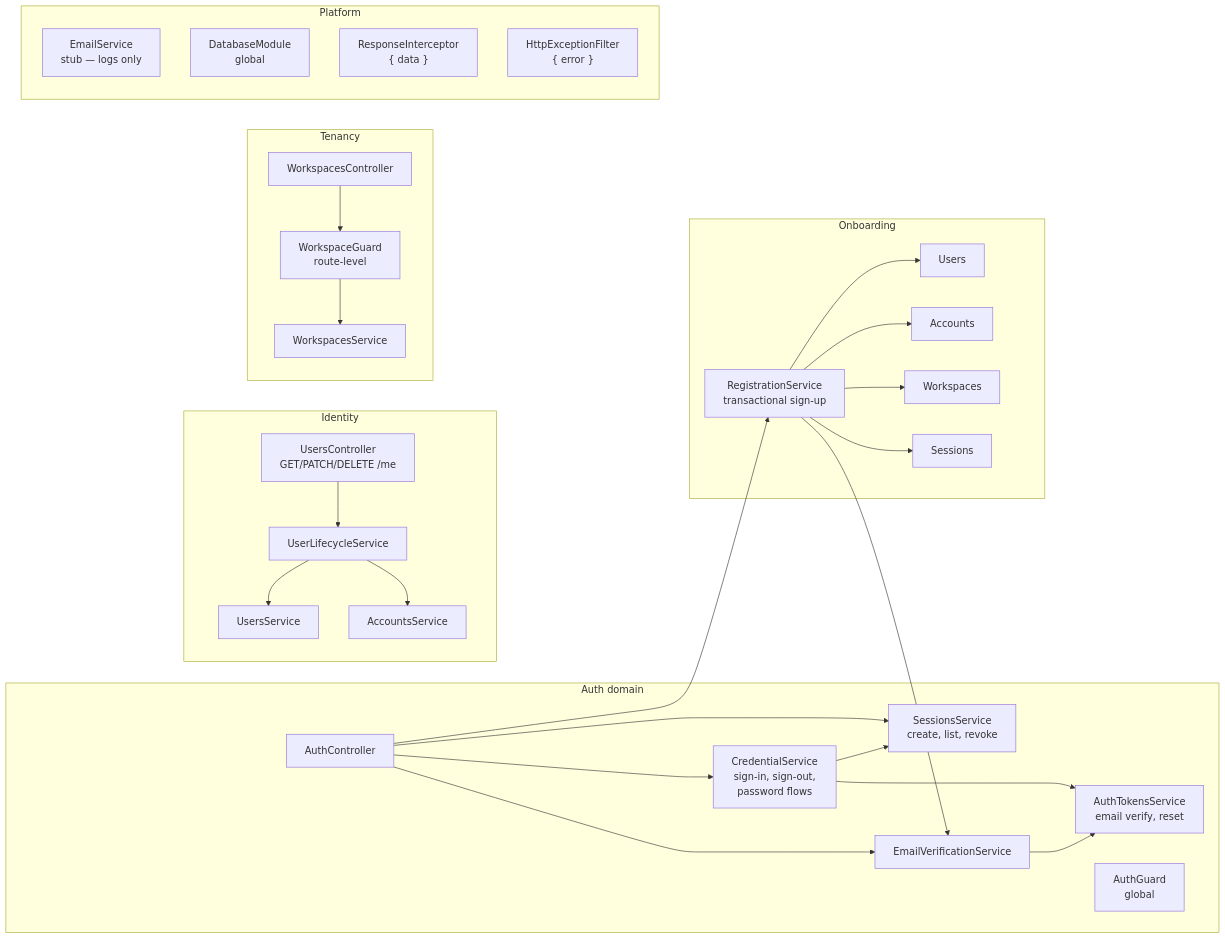
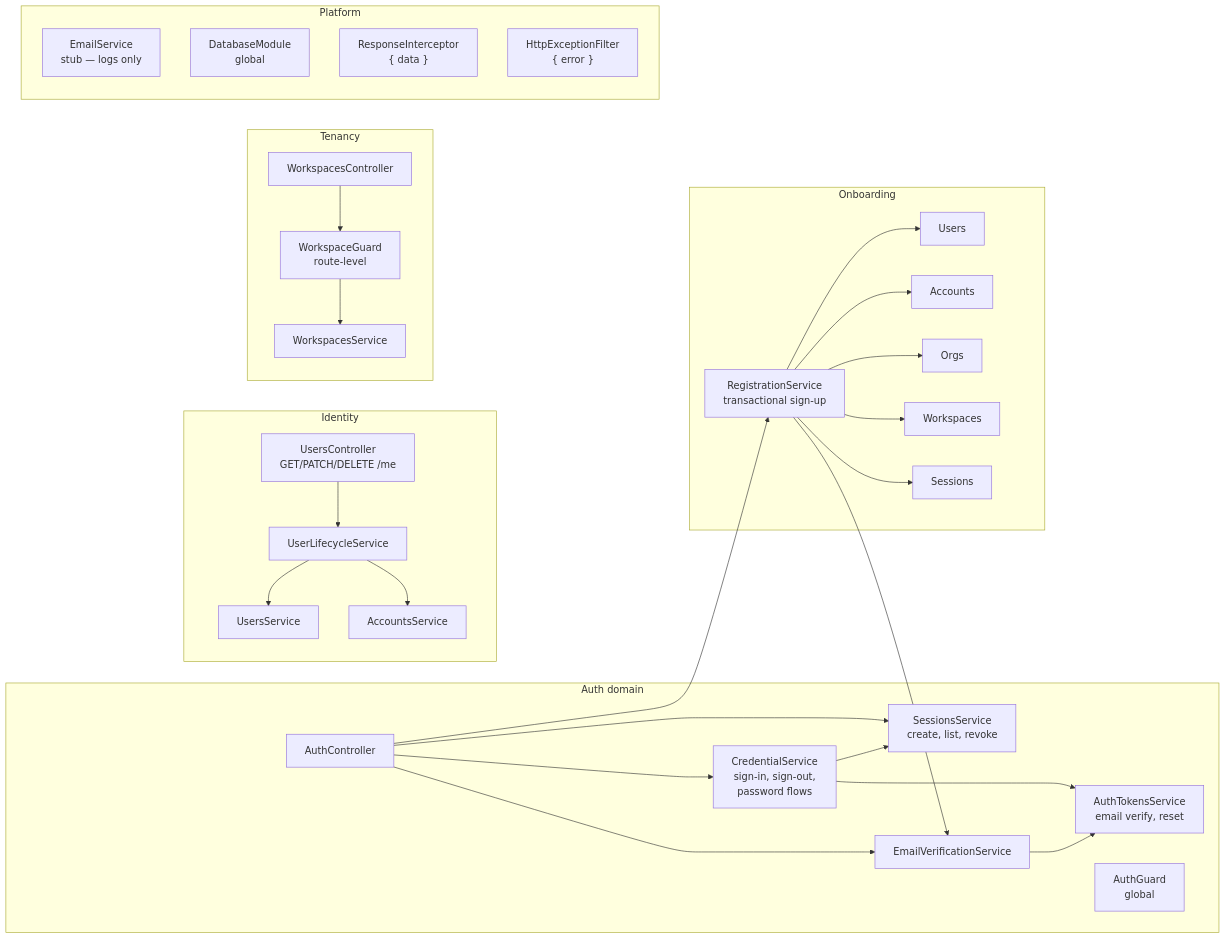
The second of 10 diagrams in docs/architecture-roadmap.md (bohdanchornopolskyi/impact-inbox), drawn with Mermaid before and after one commit. The commit also changed other lines of this file and 7 other files, not shown here.

First line of the commit message:
refactor(docs): update architecture and context documentation for organization and workspace model

````diff
--- a/docs/architecture-roadmap.md
+++ b/docs/architecture-roadmap.md
@@ -62,43 +68,43 @@
 ```mermaid
 flowchart LR
   subgraph auth_domain["Auth domain"]
     AC["AuthController"]
     CS["CredentialService<br/>sign-in, sign-out,<br/>password flows"]
     SS["SessionsService<br/>create, list, revoke"]
     ATS["AuthTokensService<br/>email verify, reset"]
     EVS["EmailVerificationService"]
     AG["AuthGuard<br/>global"]
     AC --> CS & SS & EVS
     CS --> SS & ATS
     EVS --> ATS
   end
 
   subgraph onboarding["Onboarding"]
     RS["RegistrationService<br/>transactional sign-up"]
-    RS --> Users & Accounts & Workspaces & Sessions & EVS
+    RS --> Users & Accounts & Orgs & Workspaces & Sessions & EVS
   end
 
   subgraph identity["Identity"]
     UC["UsersController<br/>GET/PATCH/DELETE /me"]
     ULS["UserLifecycleService"]
     US["UsersService"]
     AS["AccountsService"]
     UC --> ULS --> US & AS
   end
 
   subgraph tenancy["Tenancy"]
     WC["WorkspacesController"]
     WS["WorkspacesService"]
     WG["WorkspaceGuard<br/>route-level"]
     WC --> WG --> WS
   end
 
   subgraph platform["Platform"]
     ES["EmailService<br/>stub — logs only"]
     DBM["DatabaseModule<br/>global"]
     RI["ResponseInterceptor<br/>{ data }"]
     EF["HttpExceptionFilter<br/>{ error }"]
   end
 
   AC --> RS
 ```
````
